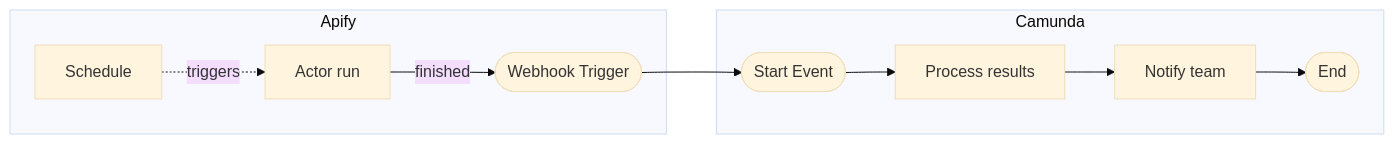
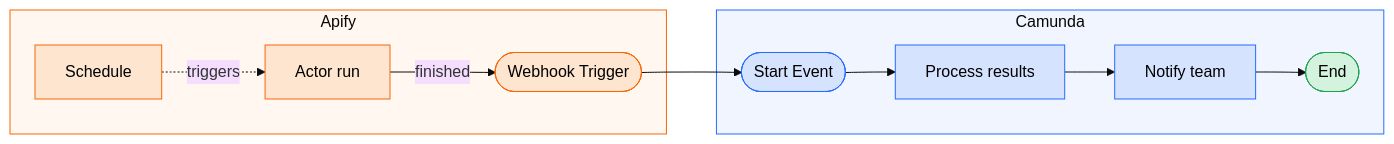
The seventh of 9 diagrams in sources/platform/integrations/workflows-and-notifications/camunda.md (apify/apify-docs), drawn with Mermaid (base theme) before and after one commit. The commit also changed other lines of this file, not shown here.

Commit message:
docs: update Camunda integration documentation with enhanced descriptions, improved structure, and additional details on operations

````diff
--- a/sources/platform/integrations/workflows-and-notifications/camunda.md
+++ b/sources/platform/integrations/workflows-and-notifications/camunda.md
@@ -422,13 +640,22 @@
 ```mermaid
 graph LR
     subgraph Apify
         S[Schedule] -.->|triggers| AR[Actor run]
         AR -->|finished| W([Webhook Trigger])
     end
     subgraph Camunda
         B([Start Event]) --> C[Process results]
         C --> D[Notify team]
         D --> E([End])
     end
     W --> B
+
+    classDef apify fill:#fde5d0,stroke:#f86606,color:#000
+    classDef camunda fill:#d6e3ff,stroke:#246dff,color:#000
+    classDef terminal fill:#d4f3df,stroke:#20a34e,color:#000
+    class S,AR,W apify
+    class B,C,D camunda
+    class E terminal
+    style Apify fill:#fff7f0,stroke:#f86606
+    style Camunda fill:#f0f5ff,stroke:#246dff
 ```
````
